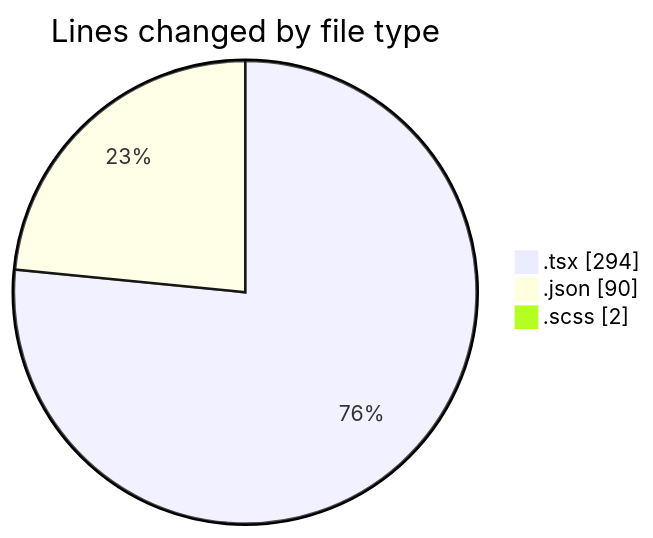
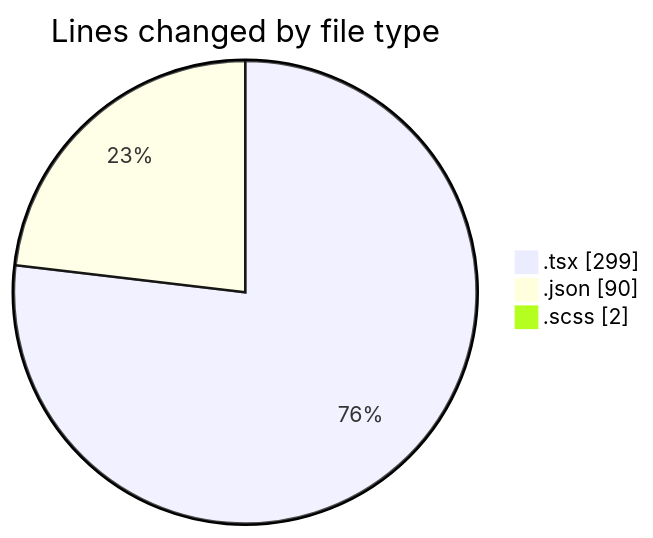
Before and after one commit to momahboobian/code-tracking: the first of 2 diagrams in 2026-05-13/cda/README.md, drawn with Mermaid. The commit also changed other lines of this file and 1 other file, not shown here.

````diff
--- a/2026-05-13/cda/README.md
+++ b/2026-05-13/cda/README.md
@@ -24,7 +24,7 @@
 ```mermaid
 pie showData
 title Lines changed by file type
-".tsx" : 294
+".tsx" : 299
 ".json" : 90
 ".scss" : 2
 ```
````
